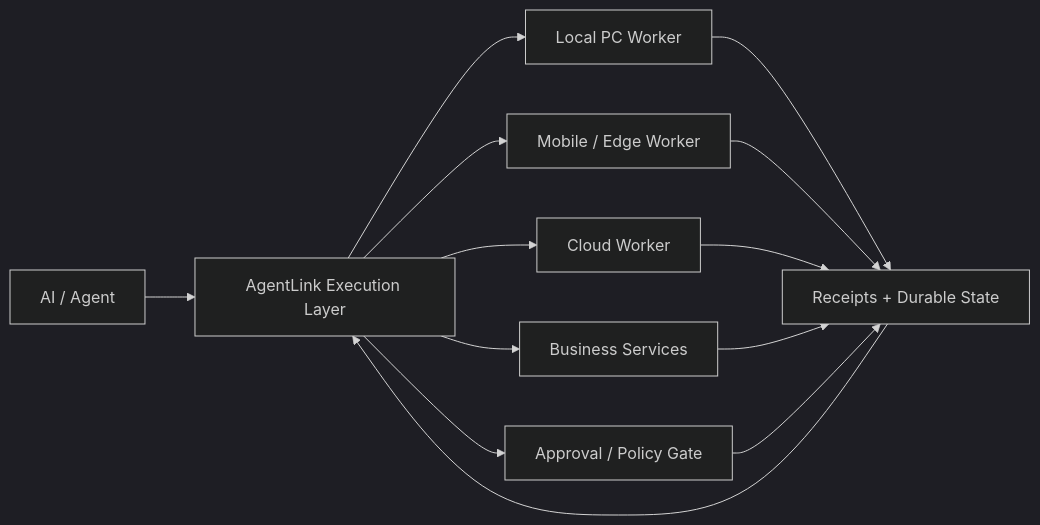
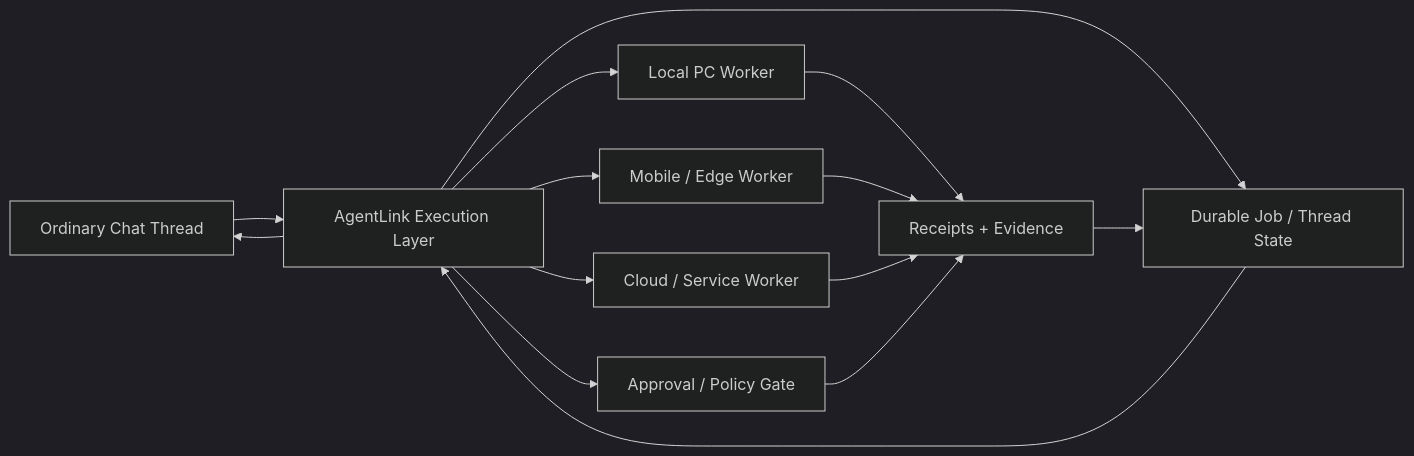
The diagram in README.md (Cid-oe/AgentLink), drawn with Mermaid (dark theme) before and after one commit. The commit also changed other lines of this file, not shown here.

Commit message:
docs: restore chat-native long-turn AgentLink mission

````diff
--- a/README.md
+++ b/README.md
@@ -48,15 +67,16 @@
 ```mermaid
 flowchart LR
-    A[AI / Agent] --> B[AgentLink Execution Layer]
-    B --> C[Local PC Worker]
-    B --> D[Mobile / Edge Worker]
-    B --> E[Cloud Worker]
-    B --> F[Business Services]
+    A[Ordinary Chat Thread] --> B[AgentLink Execution Layer]
+    B --> C[Durable Job / Thread State]
+    B --> D[Local PC Worker]
+    B --> E[Mobile / Edge Worker]
+    B --> F[Cloud / Service Worker]
     B --> G[Approval / Policy Gate]
-    C --> H[Receipts + Durable State]
-    D --> H
+    D --> H[Receipts + Evidence]
     E --> H
     F --> H
     G --> H
-    H --> B
+    H --> C
+    C --> B
+    B --> A
 ```
````
